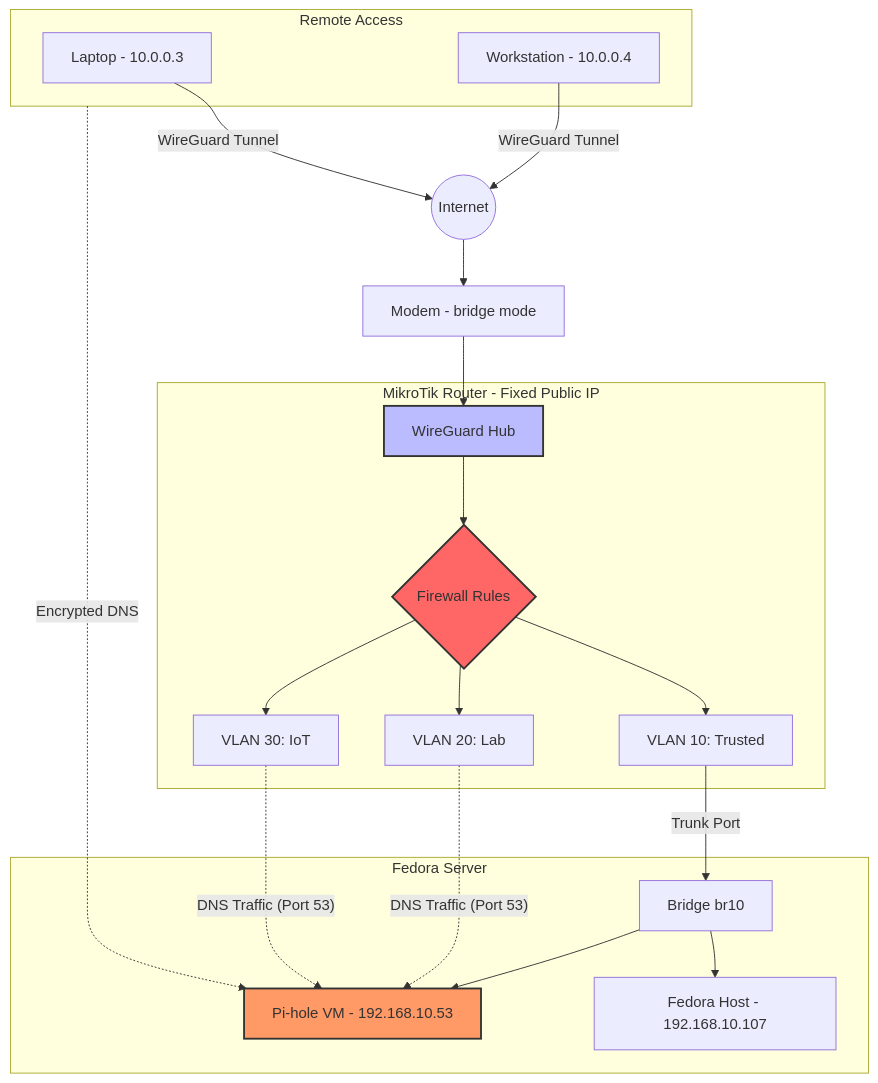
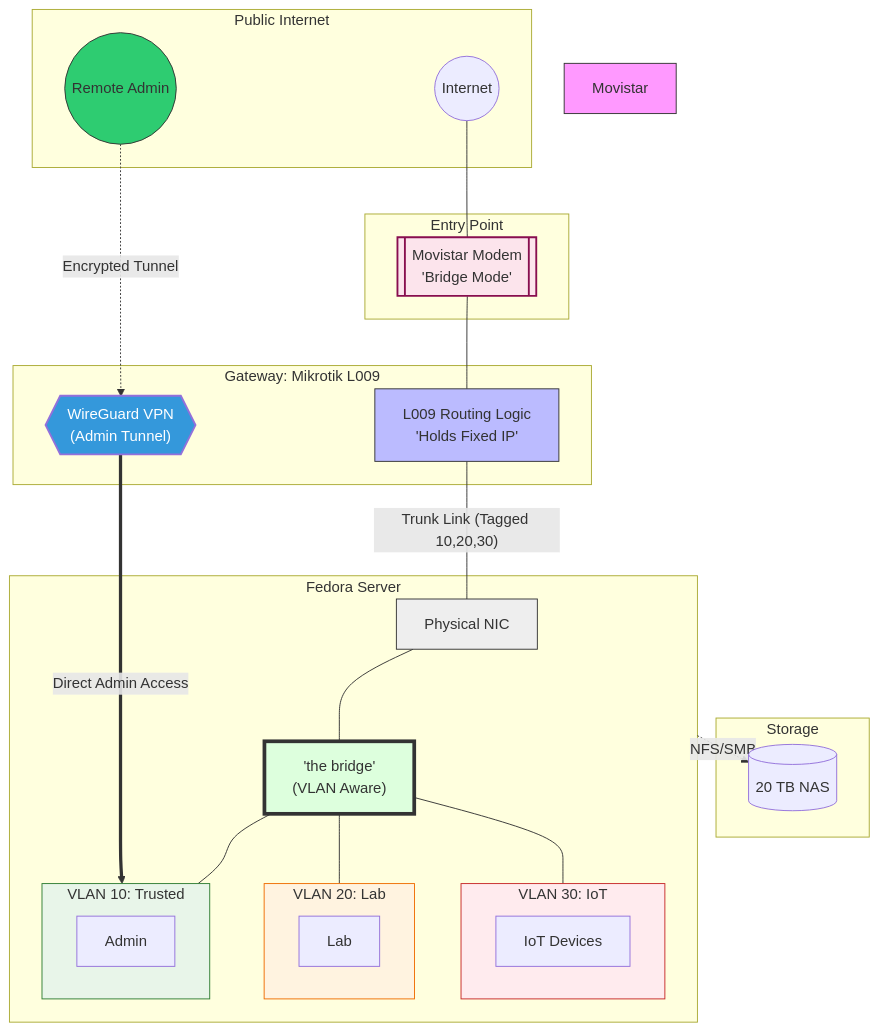
The diagram in README.md (Sevamiau/infra-documentation), drawn with Mermaid before and after one commit. The commit also changed other lines of this file, not shown here.

Commit message:
feat: Mermaid Graphics Added

````diff
--- a/README.md
+++ b/README.md
@@ -62,46 +62,73 @@
 ```mermaid
 graph TD
-    subgraph Remote_Users [Remote Access]
-        Laptop[Laptop - 10.0.0.3]
-        Workstation[Workstation - 10.0.0.4]
+    %% External & Entry
+    subgraph ISP [Public Internet]
+        RemoteAdmin((Remote Admin))
+        Internet((Internet))
     end
 
-    Internet((Internet))
-    Modem[Modem - bridge mode]
-
-    subgraph Office_Gateway [MikroTik Router - Fixed Public IP]
-        WG[WireGuard Hub]
-        FW{Firewall Rules}
-        VLAN10[VLAN 10: Trusted]
-        VLAN20[VLAN 20: Lab]
-        VLAN30[VLAN 30: IoT]
+    subgraph Entry [Entry Point]
+        Modem[[Movistar Modem<br/>'Bridge Mode']]
     end
 
-    subgraph Virtualization_Host [Fedora Server]
-        Host[Fedora Host - 192.168.10.107]
-        BR10[Bridge br10]
-        Pihole[Pi-hole VM - 192.168.10.53]
+    subgraph Storage [Storage]
+        NAS[(20 TB NAS)]
     end
 
-    Laptop -- "WireGuard Tunnel" --> Internet
-    Workstation -- "WireGuard Tunnel" --> Internet
-    Internet --> Modem
-    Modem --> WG
-    WG --> FW
 
-    FW --> VLAN10
-    FW --> VLAN20
-    FW --> VLAN30
+    %% Router Layer
+    subgraph Router [Gateway: Mikrotik L009]
+        L009[L009 Routing Logic<br/>'Holds Fixed IP']
+        WG{{"WireGuard VPN<br/>(Admin Tunnel)"}}
+    end
 
-    VLAN10 -- "Trunk Port" --> BR10
-    BR10 --> Host
-    BR10 --> Pihole
+    %% Storage Path
+    Server -.->|NFS/SMB| NAS
 
-    VLAN20 -. "DNS Traffic (Port 53)" .-> Pihole
-    VLAN30 -. "DNS Traffic (Port 53)" .-> Pihole
-    Remote_Users -. "Encrypted DNS" .-> Pihole
+    %% Server Layer
+    subgraph Server [Fedora Server]
+        PhysNIC[Physical NIC]
+        Bridge["'the bridge'<br/>(VLAN Aware)"]
+        
+        subgraph VLAN10 [VLAN 10: Trusted]
+            PH[Admin]
+        end
 
-    style Pihole fill:#f96,stroke:#333,stroke-width:2px
-    style WG fill:#bbf,stroke:#333,stroke-width:2px
-    style FW fill:#f66,stroke:#333,stroke-width:2px
+        subgraph VLAN20 [VLAN 20: Lab]
+            JF[Lab]
+        end
+
+        subgraph VLAN30 [VLAN 30: IoT]
+            IoT[IoT Devices]
+        end
+    end
+
+    %% Connections
+    Internet --- Modem
+    Modem --- L009
+    RemoteAdmin -.->|"Encrypted Tunnel"| WG
+    
+    %% The Trunk Link
+    L009 ---|"Trunk Link (Tagged 10,20,30)"| PhysNIC
+    PhysNIC --- Bridge
+    
+    %% VPN Landing Path
+    WG ==>|"Direct Admin Access"| VLAN10
+
+    %% Bridge Distribution
+    Bridge --- VLAN10
+    Bridge --- VLAN20
+    Bridge --- VLAN30
+
+    %% Styling
+    style Modem fill:#fce4ec,stroke:#880e4f,stroke-width:2px
+    style Movistar fill:#f9f,stroke:#333
+    style RemoteAdmin fill:#2ecc71,stroke:#333
+    style L009 fill:#bbf,stroke:#333
+    style WG fill:#3498db,color:#fff,stroke-width:2px
+    style Bridge fill:#dfd,stroke:#333,stroke-width:4px
+    style VLAN10 fill:#e8f5e9,stroke:#2e7d32
+    style VLAN20 fill:#fff3e0,stroke:#ef6c00
+    style VLAN30 fill:#ffebee,stroke:#c62828
+    style PhysNIC fill:#eee,stroke:#333
 ```
````
